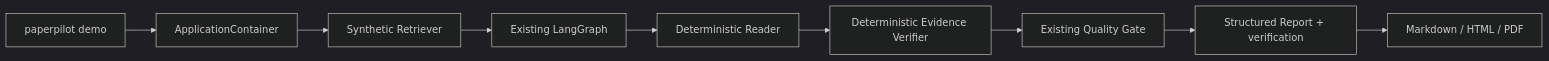
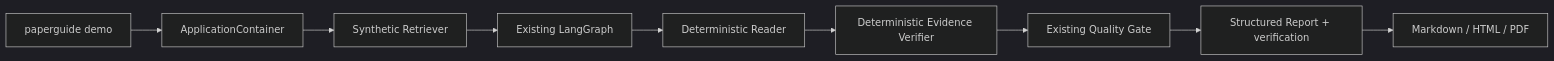
Before and after one commit to lijy-forge/PaperGuide-Agent: the diagram in docs/DEMO.md, drawn with Mermaid (dark theme). The commit also changed other lines of this file and 532 other files, not shown here.

````diff
--- a/docs/DEMO.md
+++ b/docs/DEMO.md
@@ -7,11 +7,11 @@
 ```mermaid
 flowchart LR
-    CLI["paperpilot demo"] --> App["ApplicationContainer"]
+    CLI["paperguide demo"] --> App["ApplicationContainer"]
     App --> Retriever["Synthetic Retriever"]
     Retriever --> Graph["Existing LangGraph"]
     Graph --> Reader["Deterministic Reader"]
     Reader --> Verifier["Deterministic Evidence Verifier"]
     Verifier --> Gate["Existing Quality Gate"]
     Gate --> Report["Structured Report + verification"]
     Report --> Artifact["Markdown / HTML / PDF"]
 ```
````
